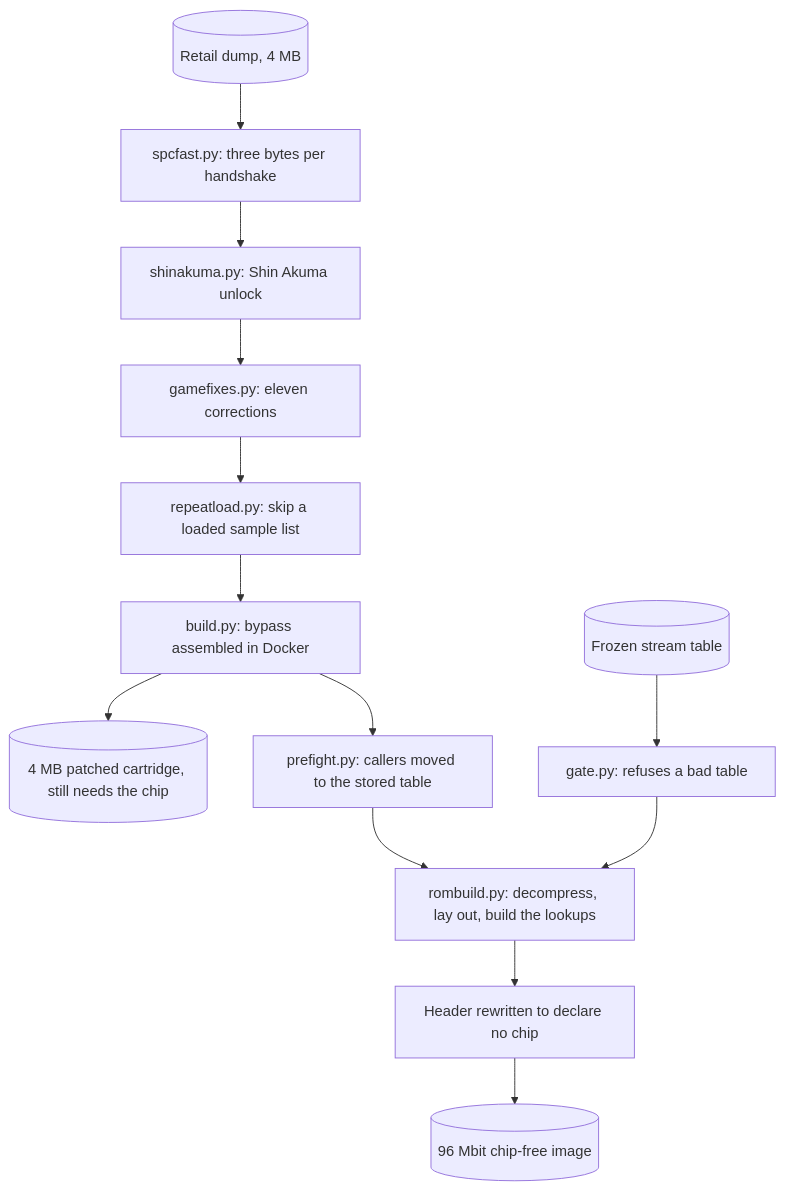
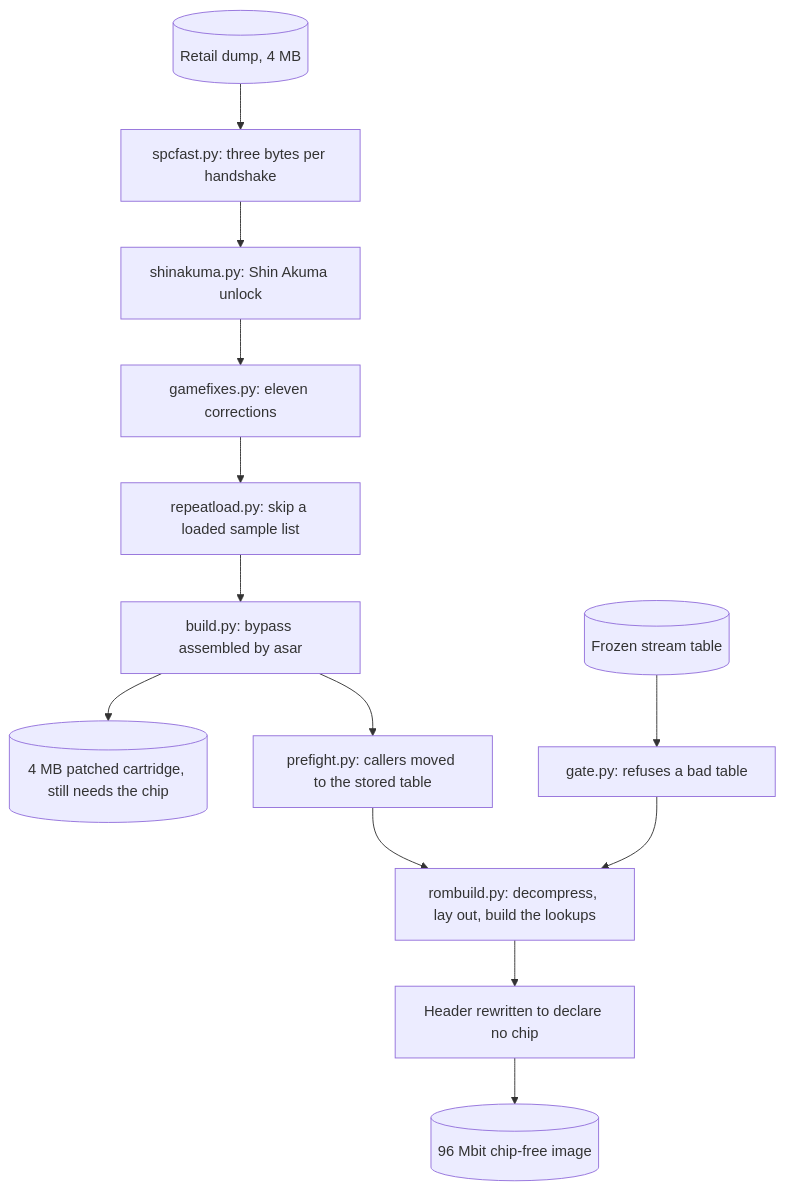
Before and after one commit to gufranco/snes-street-fighter-alpha-2-nochip: the diagram in README.md, drawn with Mermaid. The commit also changed other lines of this file and 41 other files, not shown here.

````diff
--- a/README.md
+++ b/README.md
@@ -376,15 +374,15 @@
 ```mermaid
 graph TD
     dump[("Retail dump, 4 MB")] --> spcfast["spcfast.py: three bytes per handshake"]
     spcfast --> shinakuma["shinakuma.py: Shin Akuma unlock"]
     shinakuma --> gamefixes["gamefixes.py: eleven corrections"]
     gamefixes --> repeatload["repeatload.py: skip a loaded sample list"]
-    repeatload --> bypass["build.py: bypass assembled in Docker"]
+    repeatload --> bypass["build.py: bypass assembled by asar"]
     bypass --> cart[("4 MB patched cartridge, still needs the chip")]
     bypass --> prefight["prefight.py: callers moved to the stored table"]
     tables[("Frozen stream table")] --> gate["gate.py: refuses a bad table"]
     gate --> rombuild
     prefight --> rombuild["rombuild.py: decompress, lay out, build the lookups"]
     rombuild --> header["Header rewritten to declare no chip"]
     header --> image[("96 Mbit chip-free image")]
 ```
````
